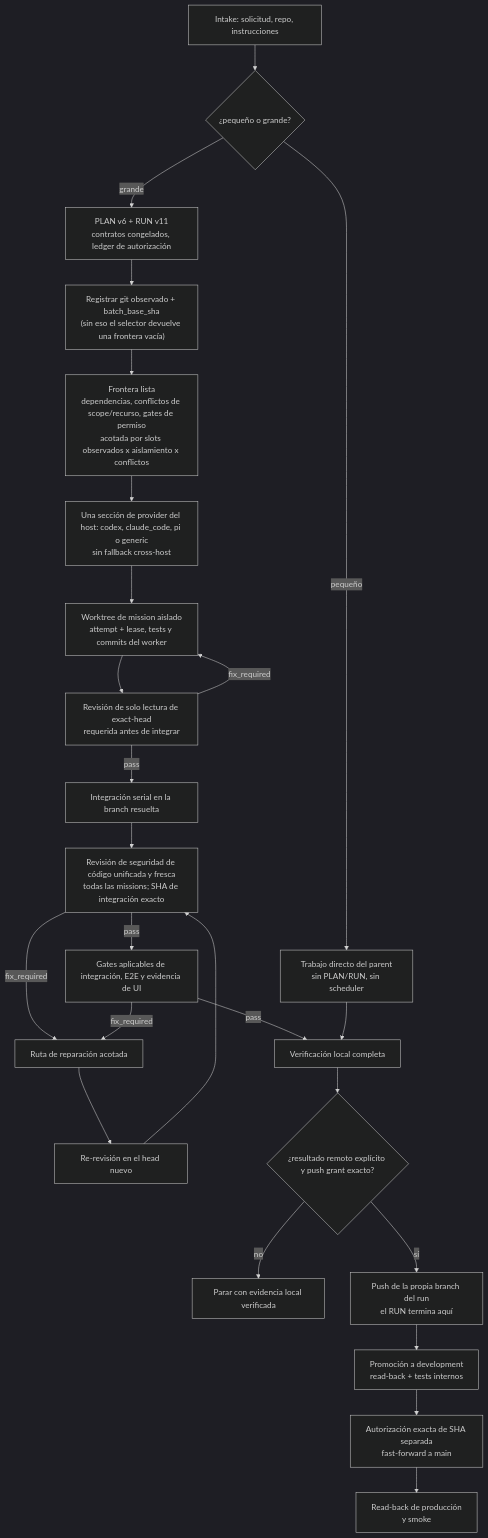
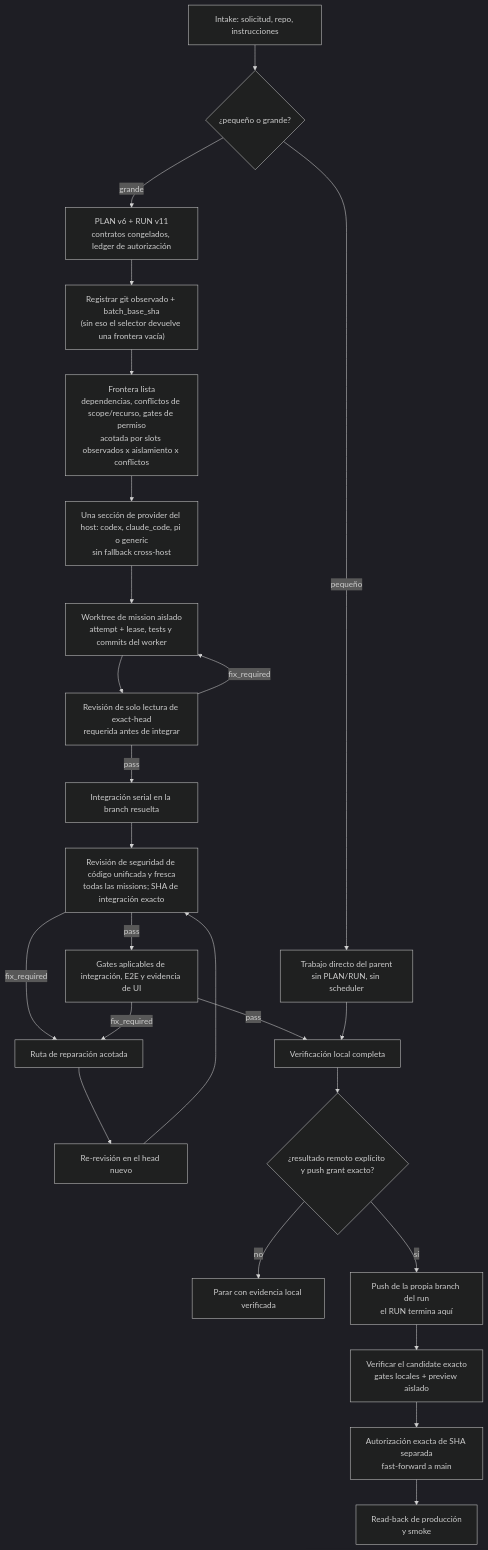
One commit to Phlegonlabs/product-delivery-harness changed the third of 3 diagrams in README.es.md. Above: the diagram before and after it, drawn with Mermaid (dark theme). The commit also changed other lines of this file and 46 other files, not shown here.

````diff
--- a/README.es.md
+++ b/README.es.md
@@ -241,27 +241,27 @@
 ```mermaid
 flowchart TB
   Intake["Intake: solicitud, repo, instrucciones"] --> Size{"¿pequeño o grande?"}
   Size -->|pequeño| Direct["Trabajo directo del parent<br/>sin PLAN/RUN, sin scheduler"]
   Size -->|grande| Plan["PLAN v6 + RUN v11<br/>contratos congelados, ledger de autorización"]
   Plan --> Observe["Registrar git observado + batch_base_sha<br/>(sin eso el selector devuelve una frontera vacía)"]
   Observe --> Frontier["Frontera lista<br/>dependencias, conflictos de scope/recurso, gates de permiso<br/>acotada por slots observados x aislamiento x conflictos"]
   Frontier --> Host["Una sección de provider del host: codex, claude_code, pi o generic<br/>sin fallback cross-host"]
   Host --> Work["Worktree de mission aislado<br/>attempt + lease, tests y commits del worker"]
   Work --> Review["Revisión de solo lectura de exact-head<br/>requerida antes de integrar"]
   Review -->|pass| Integrate["Integración serial en la branch resuelta"]
   Review -->|fix_required| Work
   Integrate --> Security["Revisión de seguridad de código unificada y fresca<br/>todas las missions; SHA de integración exacto"]
   Security -->|pass| Gates["Gates aplicables de integración, E2E y evidencia de UI"]
   Security -->|fix_required| Repair["Ruta de reparación acotada"]
   Gates -->|fix_required| Repair
   Repair --> Rereview["Re-revisión en el head nuevo"]
   Rereview --> Security
   Gates -->|pass| Local["Verificación local completa"]
   Direct --> Local
   Local --> Remote{"¿resultado remoto explícito y push grant exacto?"}
   Remote -->|no| Done["Parar con evidencia local verificada"]
   Remote -->|sí| Push["Push de la propia branch del run<br/>el RUN termina aquí"]
-  Push --> Dev["Promoción a development<br/>read-back + tests internos"]
-  Dev --> Main["Autorización exacta de SHA separada<br/>fast-forward a main"]
+  Push --> Candidate["Verificar el candidate exacto<br/>gates locales + preview aislado"]
+  Candidate --> Main["Autorización exacta de SHA separada<br/>fast-forward a main"]
   Main --> Prod["Read-back de producción<br/>y smoke"]
 ```
````
